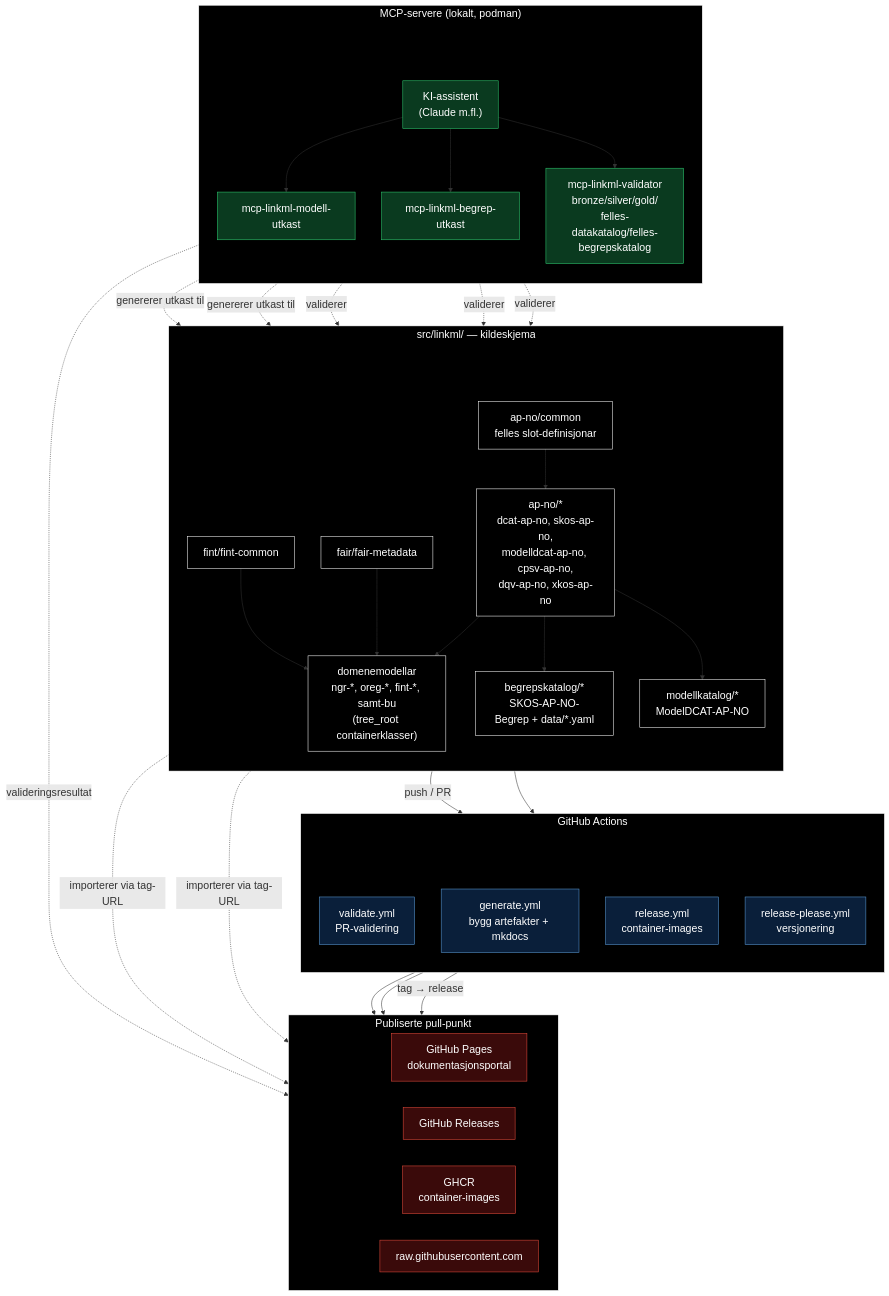
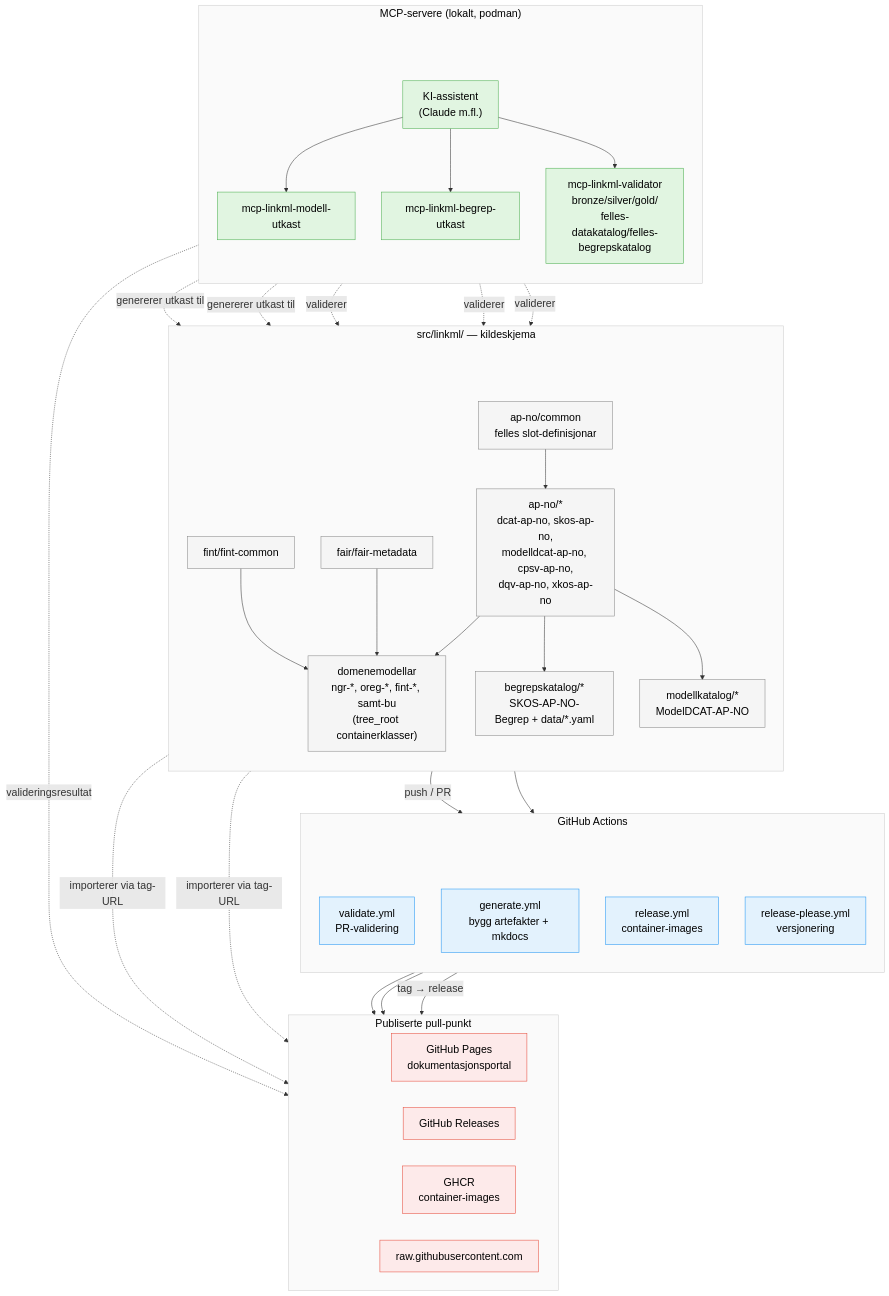
One commit to brreg/linkml-datamodellering-no changed the first of 2 diagrams in mkdocs/docs/arkitektur/arkitektur-oversikt.md. Above: the diagram before and after it, drawn with Mermaid. The commit also changed other lines of this file and 1 other file, not shown here.

Commit message:
docs(arkitektur): bytt svart mermaid-bakgrunn til lyse pastellfargar     - arkitektur-oversikt.md: classDef/style i begge diagram (Del 1, Del 2) frå svart til lyse fargar for betre lesbarheit     - specs/done/fiks-mermaid-svart-bakgrunn-arkitektur.md: ny, utført

````diff
--- a/mkdocs/docs/arkitektur/arkitektur-oversikt.md
+++ b/mkdocs/docs/arkitektur/arkitektur-oversikt.md
@@ -110,18 +110,18 @@
     DOMENE -.->|"importerer via tag-URL"| RAWGH
     APNO -.->|"importerer via tag-URL"| RAWGH
 
-    classDef default fill:#000000,color:#ffffff,stroke:#ffffff;
-    classDef ekstern fill:#3a0a0a,color:#ffffff,stroke:#e74c3c;
-    classDef ci fill:#0a1f3a,color:#ffffff,stroke:#5b9bd5;
-    classDef mcp fill:#0a3a1f,color:#ffffff,stroke:#2ecc71;
+    classDef default fill:#f5f5f5,color:#000000,stroke:#888888;
+    classDef ekstern fill:#fdeaea,color:#000000,stroke:#e74c3c;
+    classDef ci fill:#e3f2fd,color:#000000,stroke:#2196f3;
+    classDef mcp fill:#e1f5e1,color:#000000,stroke:#4caf50;
     classDef usynlig fill:none,stroke:none,color:transparent;
     class GHPAGES,GHRELEASES,GHCR,RAWGH ekstern
     class WFVALIDATE,WFGENERATE,WFRELEASE,WFRELEASEPLEASE ci
     class MCPMOD,MCPBEGREP,MCPVAL,AI mcp
     class PADKILDE,PADMCP,PADCI,PADPUB usynlig
 
-    style KILDE fill:#000000,color:#ffffff,stroke:#ffffff
-    style MCP fill:#000000,color:#ffffff,stroke:#ffffff
-    style CI fill:#000000,color:#ffffff,stroke:#ffffff
-    style PUBLISERT fill:#000000,color:#ffffff,stroke:#ffffff
+    style KILDE fill:#fafafa,color:#000000,stroke:#cccccc
+    style MCP fill:#fafafa,color:#000000,stroke:#cccccc
+    style CI fill:#fafafa,color:#000000,stroke:#cccccc
+    style PUBLISERT fill:#fafafa,color:#000000,stroke:#cccccc
 ```
````
